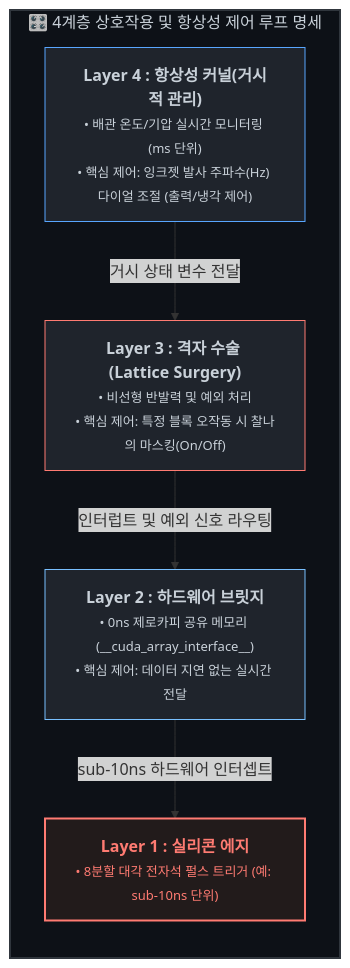
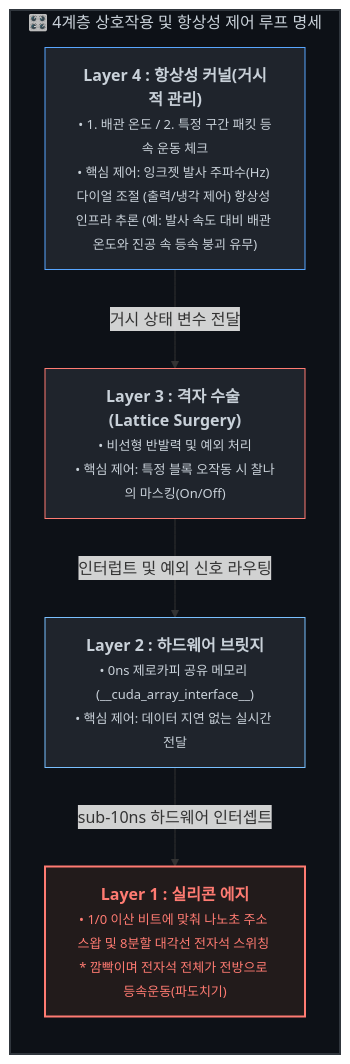
The diagram in README.md (PJHkorea/discrete-filament-router-KR), drawn with Mermaid before and after one commit.

````diff
--- a/README.md
+++ b/README.md
@@ -33,32 +33,33 @@
 ```mermaid
 graph TD
     %% 전체 제어 루프 구조 정의
     subgraph SYSTEM_LAYERS ["🎛️ 4계층 상호작용 및 항상성 제어 루프 명세"]
         direction TB
 
         %% Layer 4 정의
-        L4["<b>Layer 4 : 항상성 커널(거시적 관리)</b><br><font size=2>• 배관 온도/기압 실시간 모니터링 (ms 단위)<br>• 핵심 제어: 잉크젯 발사 주파수(Hz) 다이얼 조절 (출력/냉각 제어)</font>"]
+        L4["<b>Layer 4 : 항상성 커널(거시적 관리)</b><br><font size=2>• 1. 배관 온도 / 2. 특정 구간 패킷 등속 운동 체크<br>• 핵심 제어: 잉크젯 발사 주파수(Hz) 다이얼 조절 (출력/냉각 제어) 항상성 인프라 추론 (예: 발사 속도 대비 배관 온도와 진공 속 등속 붕괴 유무)</font>"]
 
         %% Layer 3 정의
         L3["<b>Layer 3 : 격자 수술 (Lattice Surgery)</b><br><font size=2>• 비선형 반발력 및 예외 처리<br>• 핵심 제어: 특정 블록 오작동 시 찰나의 마스킹(On/Off)</font>"]
 
         %% Layer 2 정의
         L2["<b>Layer 2 : 하드웨어 브릿지</b><br><font size=2>• 0ns 제로카피 공유 메모리 (__cuda_array_interface__)<br>• 핵심 제어: 데이터 지연 없는 실시간 전달</font>"]
 
         %% Layer 1 정의
-        L1["<b>Layer 1 : 실리콘 에지</b><br><font size=2>• 8분할 대각 전자석 펄스 트리거 (예: sub-10ns 단위)</font>"]
+        L1["<b>Layer 1 : 실리콘 에지</b><br><font size=2>• 1/0 이산 비트에 맞춰 나노초 주소 스왑 및 8분할 대각선 전자석 스위칭 * 깜빡이며 전자석 전체가 전방으로 등속운동(파도치기)
+</font>"]
 
         %% 하향식 제어 파이프라인 연결
         L4 -->|거시 상태 변수 전달| L3
         L3 -->|인터럽트 및 예외 신호 라우팅| L2
         L2 -->|sub-10ns 하드웨어 인터셉트| L1
     end
 
     %% 🎨 깃허브 파서 안전 규격 스타일링 (줄바꿈 분리)
     style SYSTEM_LAYERS fill:#0d1117,stroke:#30363d,stroke-width:2px,color:#c9d1d9
     
     style L4 fill:#1f242c,stroke:#58a6ff,stroke-width:1px,color:#c9d1d9
     style L3 fill:#1f242c,stroke:#ff7b72,stroke-width:1px,color:#c9d1d9
     style L2 fill:#1f242c,stroke:#79c0ff,stroke-width:1px,color:#c9d1d9
     style L1 fill:#221b1b,stroke:#ff7b72,stroke-width:2px,color:#ff7b72
 ```
````
